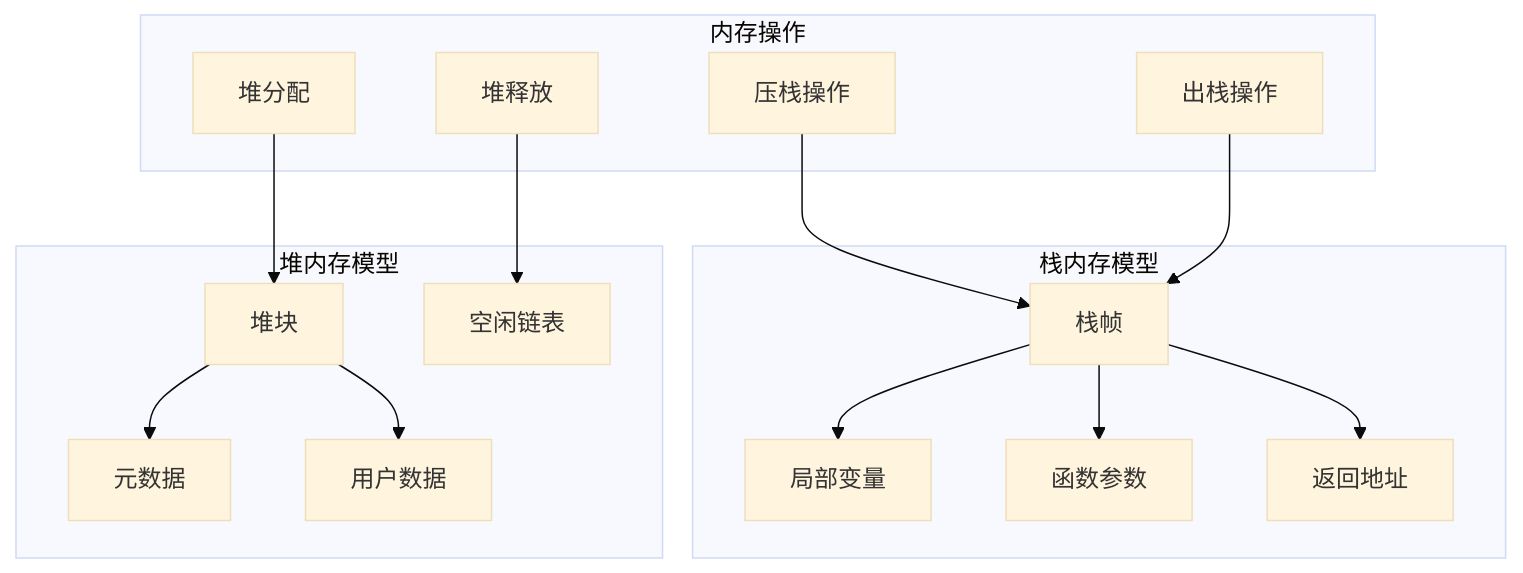
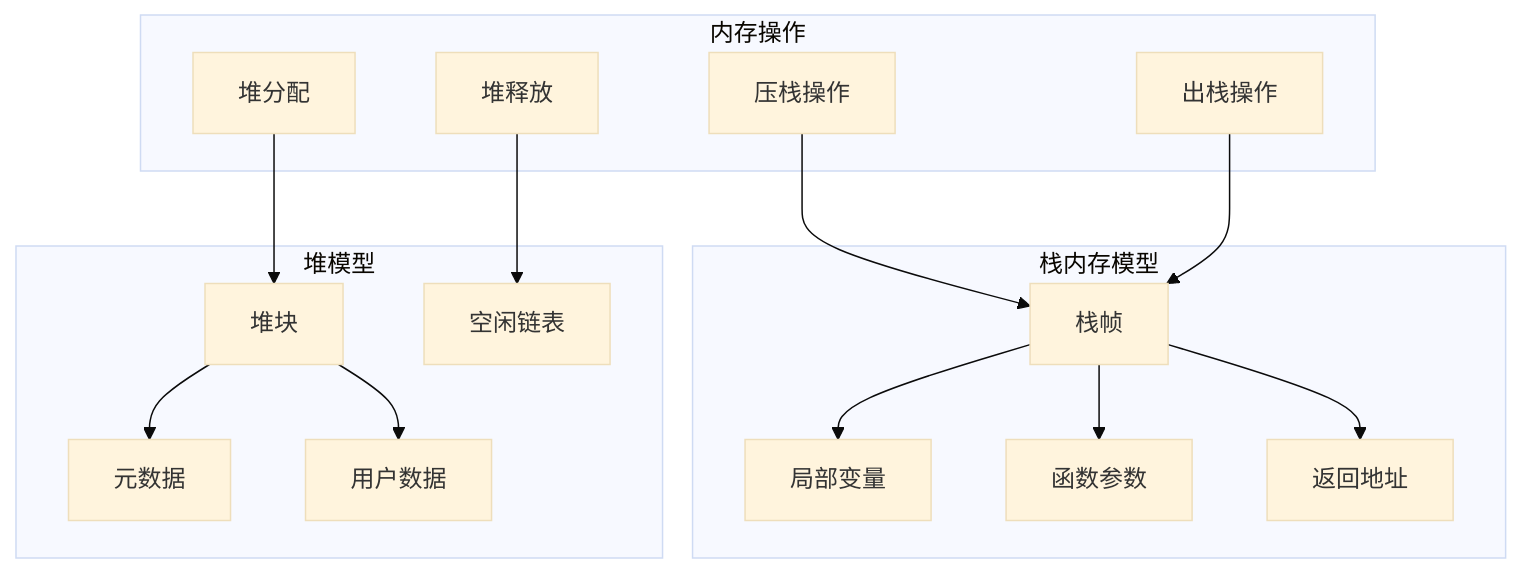
Before and after one commit to martin-ly/rust-lang: the diagram in formal_rust/refactor/01_core_theory/01_foundation_semantics/03_memory_model_semantics/03_stack_heap_semantics.md, drawn with Mermaid (base theme). The commit also changed other lines of this file and 5740 other files, not shown here.

````diff
--- a/formal_rust/refactor/01_core_theory/01_foundation_semantics/03_memory_model_semantics/03_stack_heap_semantics.md
+++ b/formal_rust/refactor/01_core_theory/01_foundation_semantics/03_memory_model_semantics/03_stack_heap_semantics.md
@@ -67,35 +67,35 @@
 ```mermaid
 graph TB
     subgraph "栈内存模型"
         StackFrame[栈帧]
         LocalVars[局部变量]
         Parameters[函数参数]
         ReturnAddr[返回地址]
     end
     
-    subgraph "堆内存模型"
+    subgraph "堆模型"
         HeapBlock[堆块]
         Metadata[元数据]
         UserData[用户数据]
         FreeList[空闲链表]
     end
     
     subgraph "内存操作"
         Push[压栈操作]
         Pop[出栈操作]
         Malloc[堆分配]
         Free[堆释放]
     end
     
     StackFrame --> LocalVars
     StackFrame --> Parameters
     StackFrame --> ReturnAddr
     
     HeapBlock --> Metadata
     HeapBlock --> UserData
     
     Push --> StackFrame
     Pop --> StackFrame
     Malloc --> HeapBlock
     Free --> FreeList
 ```
````
